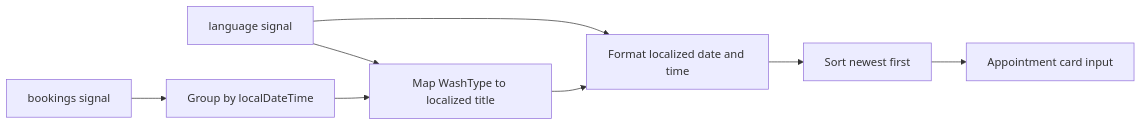
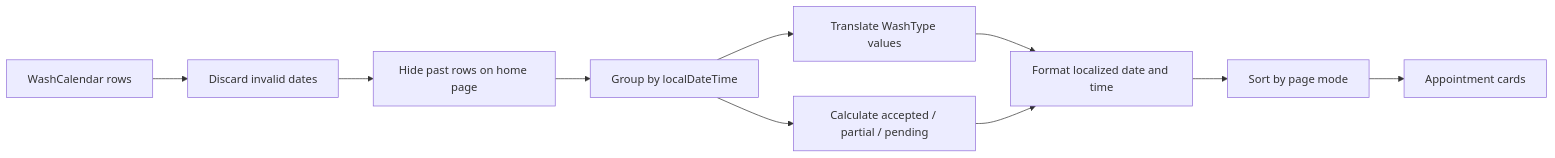
Before and after one commit to yassineao/poetsanders: the fourth of 17 diagrams in README.md, drawn with Mermaid. The commit also changed other lines of this file, not shown here.

````diff
--- a/README.md
+++ b/README.md
@@ -204,18 +368,19 @@
 ```mermaid
 flowchart LR
-    Raw[bookings signal]
-    Language[language signal]
+    Rows[WashCalendar rows]
+    Validate[Discard invalid dates]
+    Filter[Hide past rows on home page]
     Group[Group by localDateTime]
-    Translate[Map WashType to localized title]
+    Treatments[Translate WashType values]
+    Status[Calculate accepted / partial / pending]
     Format[Format localized date and time]
-    Sort[Sort newest first]
-    Cards[Appointment card input]
+    Sort[Sort by page mode]
+    Cards[Appointment cards]
 
-    Raw --> Group
-    Language --> Translate
-    Language --> Format
-    Group --> Translate
-    Translate --> Format
-    Format --> Sort
-    Sort --> Cards
+    Rows --> Validate --> Filter --> Group
+    Group --> Treatments
+    Group --> Status
+    Treatments --> Format
+    Status --> Format
+    Format --> Sort --> Cards
 ```
````
